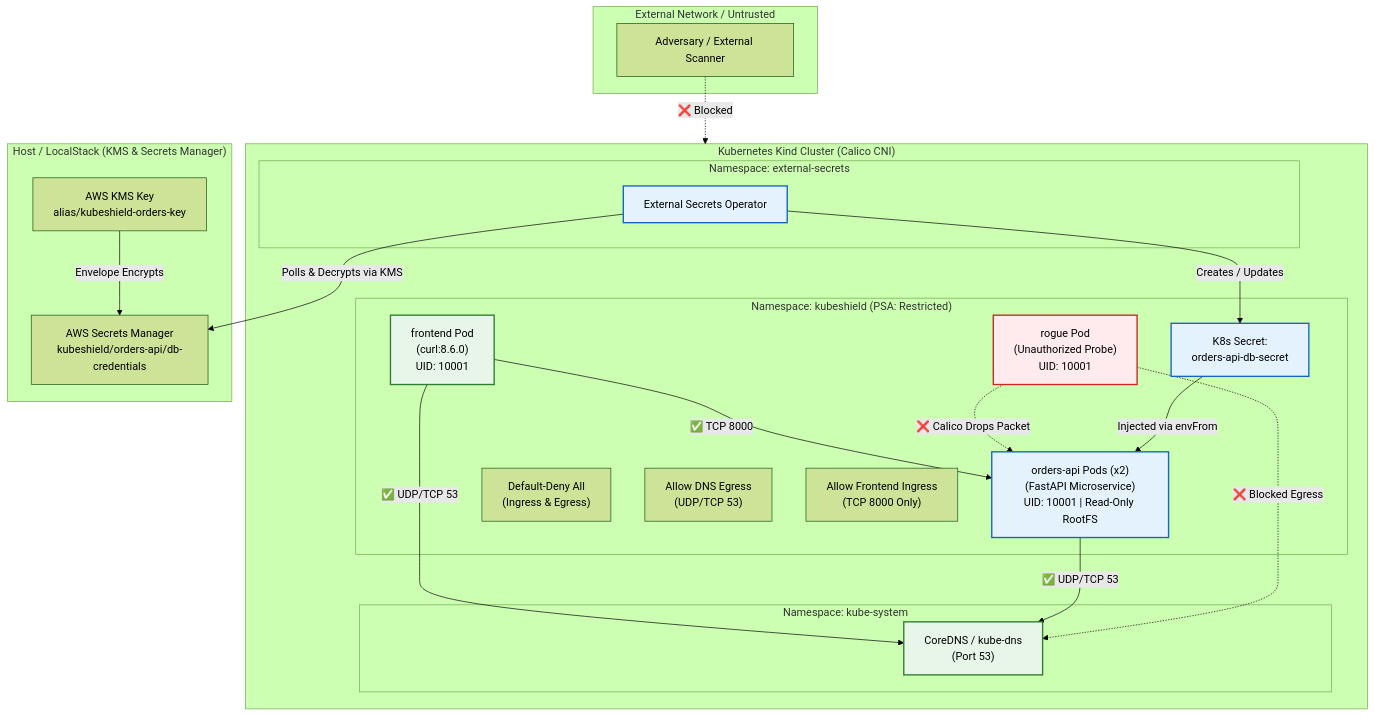
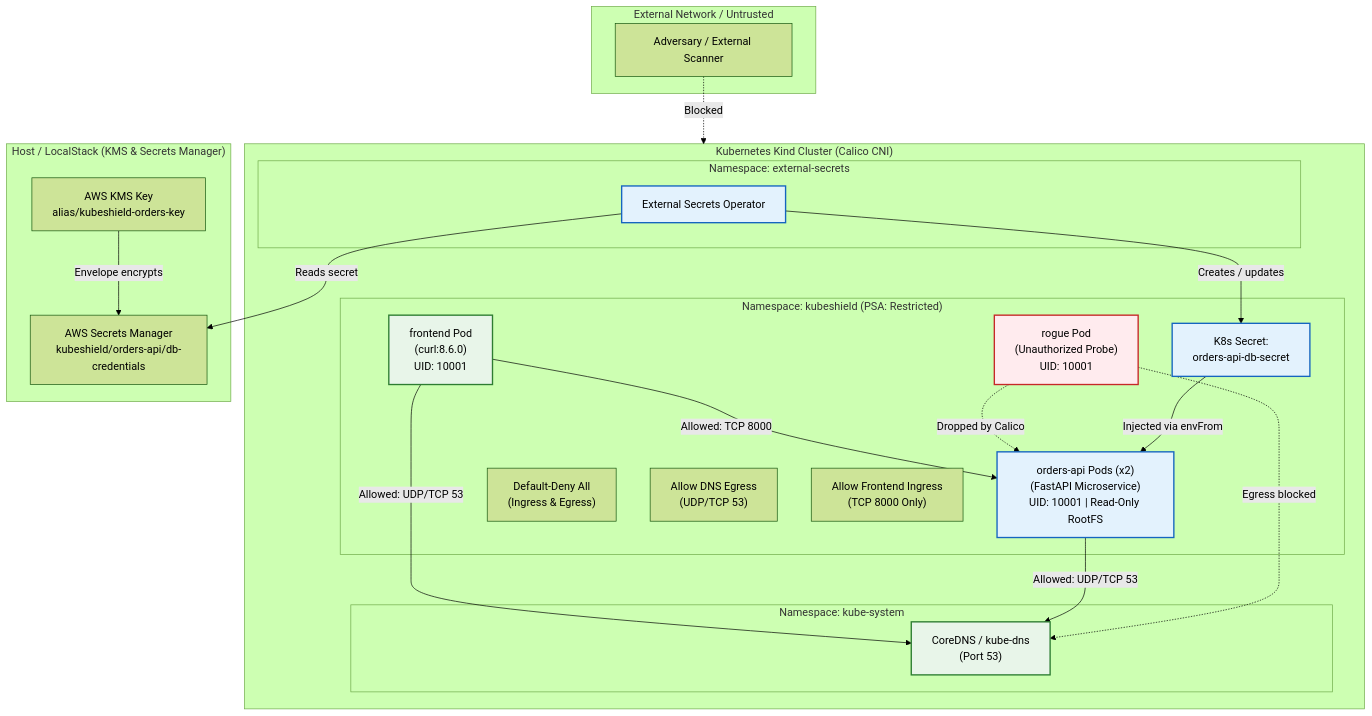
The diagram in README.md (NIGAM-RATHOD/KubeShield), drawn with Mermaid (forest theme) before and after one commit. The commit also changed other lines of this file and 13 other files, not shown here.

````diff
--- a/README.md
+++ b/README.md
@@ -21,52 +43,52 @@
 ```mermaid
 graph TD
     subgraph External["External Network / Untrusted"]
         Attacker["Adversary / External Scanner"]
     end
 
     subgraph Cluster["Kubernetes Kind Cluster (Calico CNI)"]
         subgraph NS_KubeShield["Namespace: kubeshield (PSA: Restricted)"]
             Frontend["frontend Pod<br/>(curl:8.6.0)<br/>UID: 10001"]
             Rogue["rogue Pod<br/>(Unauthorized Probe)<br/>UID: 10001"]
             Orders["orders-api Pods (x2)<br/>(FastAPI Microservice)<br/>UID: 10001 | Read-Only RootFS"]
 
             NP_Deny["Default-Deny All<br/>(Ingress & Egress)"]
             NP_DNS["Allow DNS Egress<br/>(UDP/TCP 53)"]
             NP_Orders["Allow Frontend Ingress<br/>(TCP 8000 Only)"]
 
             K8s_Secret["K8s Secret:<br/>orders-api-db-secret"]
         end
 
         subgraph NS_KubeSystem["Namespace: kube-system"]
             CoreDNS["CoreDNS / kube-dns<br/>(Port 53)"]
         end
 
         subgraph NS_ESO["Namespace: external-secrets"]
             ESO["External Secrets Operator"]
         end
     end
 
     subgraph Host_AWS["Host / LocalStack (KMS & Secrets Manager)"]
         KMS["AWS KMS Key<br/>alias/kubeshield-orders-key"]
         SM["AWS Secrets Manager<br/>kubeshield/orders-api/db-credentials"]
     end
 
-    Attacker -.->|❌ Blocked| Cluster
-    Frontend -->|✅ TCP 8000| Orders
-    Rogue -.->|❌ Calico Drops Packet| Orders
-    Frontend -->|✅ UDP/TCP 53| CoreDNS
-    Orders -->|✅ UDP/TCP 53| CoreDNS
-    Rogue -.->|❌ Blocked Egress| CoreDNS
+    Attacker -.->|Blocked| Cluster
+    Frontend -->|Allowed: TCP 8000| Orders
+    Rogue -.->|Dropped by Calico| Orders
+    Frontend -->|Allowed: UDP/TCP 53| CoreDNS
+    Orders -->|Allowed: UDP/TCP 53| CoreDNS
+    Rogue -.->|Egress blocked| CoreDNS
 
-    KMS -->|Envelope Encrypts| SM
-    ESO -->|Polls & Decrypts via KMS| SM
-    ESO -->|Creates / Updates| K8s_Secret
+    KMS -->|Envelope encrypts| SM
+    ESO -->|Reads secret| SM
+    ESO -->|Creates / updates| K8s_Secret
     K8s_Secret -->|Injected via envFrom| Orders
 
     classDef allow stroke:#2e7d32,stroke-width:2px,fill:#e8f5e9;
     classDef block stroke:#c62828,stroke-width:2px,fill:#ffebee;
     classDef secure stroke:#1565c0,stroke-width:2px,fill:#e3f2fd;
     class Frontend,CoreDNS allow;
     class Rogue block;
     class Orders,K8s_Secret,ESO secure;
 ```
````
